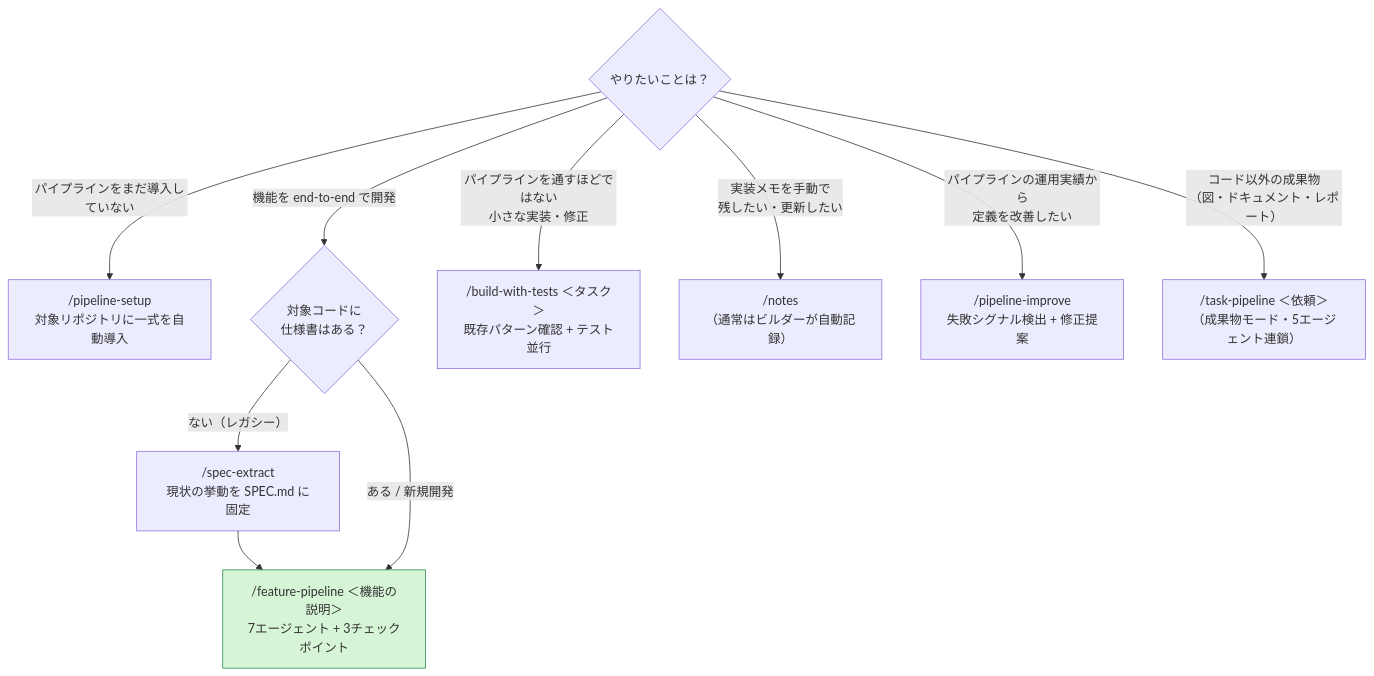
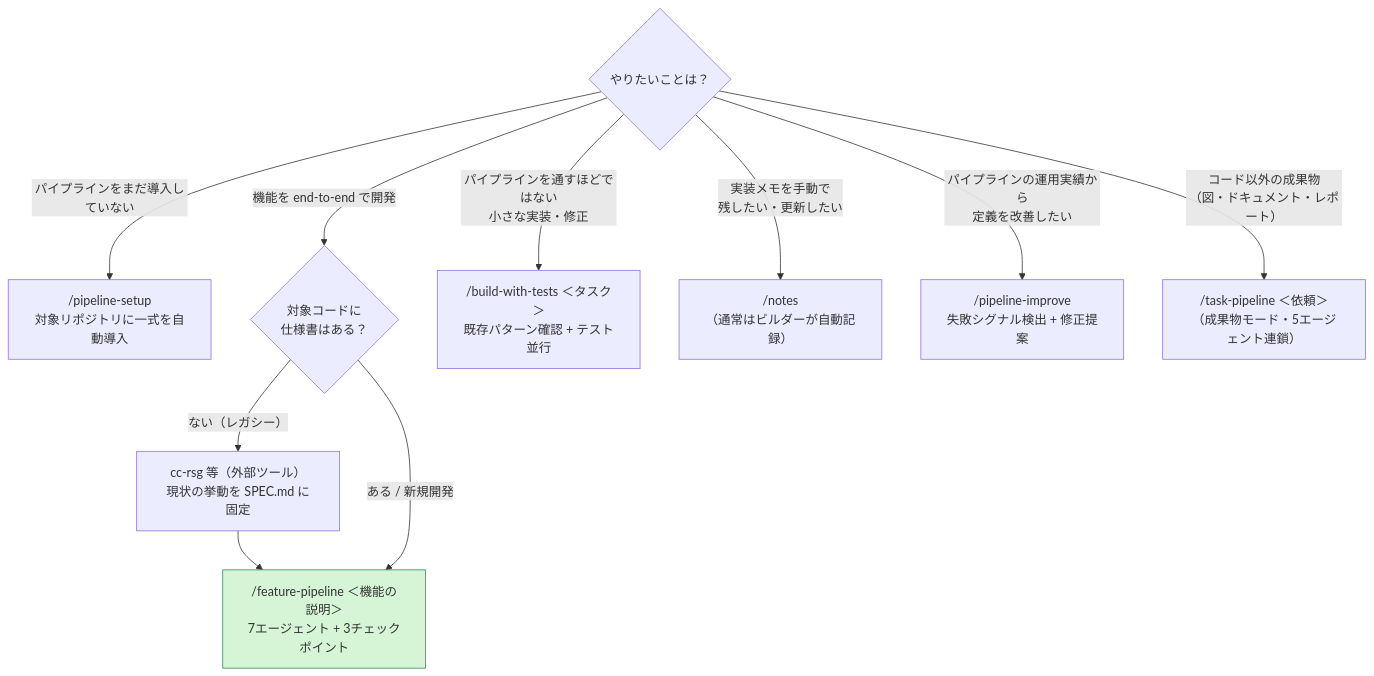
The fourth of 4 diagrams in plugins/pipeline/README.md (mrkxlia/claude-code-workbench-ja), drawn with Mermaid before and after one commit. The commit also changed other lines of this file and 12 other files, not shown here.

First line of the commit message:
pipeline 2.0.0: spec-extract 削除に伴う記述整合（notes を独立スキルに降格）

````diff
--- a/plugins/pipeline/README.md
+++ b/plugins/pipeline/README.md
@@ -171,14 +174,14 @@
 ```mermaid
 flowchart TD
     q0{"やりたいことは？"}
     q0 -->|"パイプラインをまだ導入していない"| setup["/pipeline-setup<br/>対象リポジトリに一式を自動導入"]
     q0 -->|"機能を end-to-end で開発"| q1{"対象コードに<br/>仕様書はある？"}
-    q1 -->|"ない（レガシー）"| se["/spec-extract<br/>現状の挙動を SPEC.md に固定"]
+    q1 -->|"ない（レガシー）"| se["cc-rsg 等（外部ツール）<br/>現状の挙動を SPEC.md に固定"]
     se --> ff["/feature-pipeline ＜機能の説明＞<br/>7エージェント + 3チェックポイント"]
     q1 -->|"ある / 新規開発"| ff
     q0 -->|"パイプラインを通すほどではない<br/>小さな実装・修正"| bwt["/build-with-tests ＜タスク＞<br/>既存パターン確認 + テスト並行"]
     q0 -->|"実装メモを手動で<br/>残したい・更新したい"| nt["/notes<br/>（通常はビルダーが自動記録）"]
     q0 -->|"パイプラインの運用実績から<br/>定義を改善したい"| fi["/pipeline-improve<br/>失敗シグナル検出 + 修正提案"]
     q0 -->|"コード以外の成果物<br/>（図・ドキュメント・レポート）"| tf["/task-pipeline ＜依頼＞<br/>（成果物モード・5エージェント連鎖）"]
     style ff fill:#d6f5d6,stroke:#2e8b57
 ```
````
